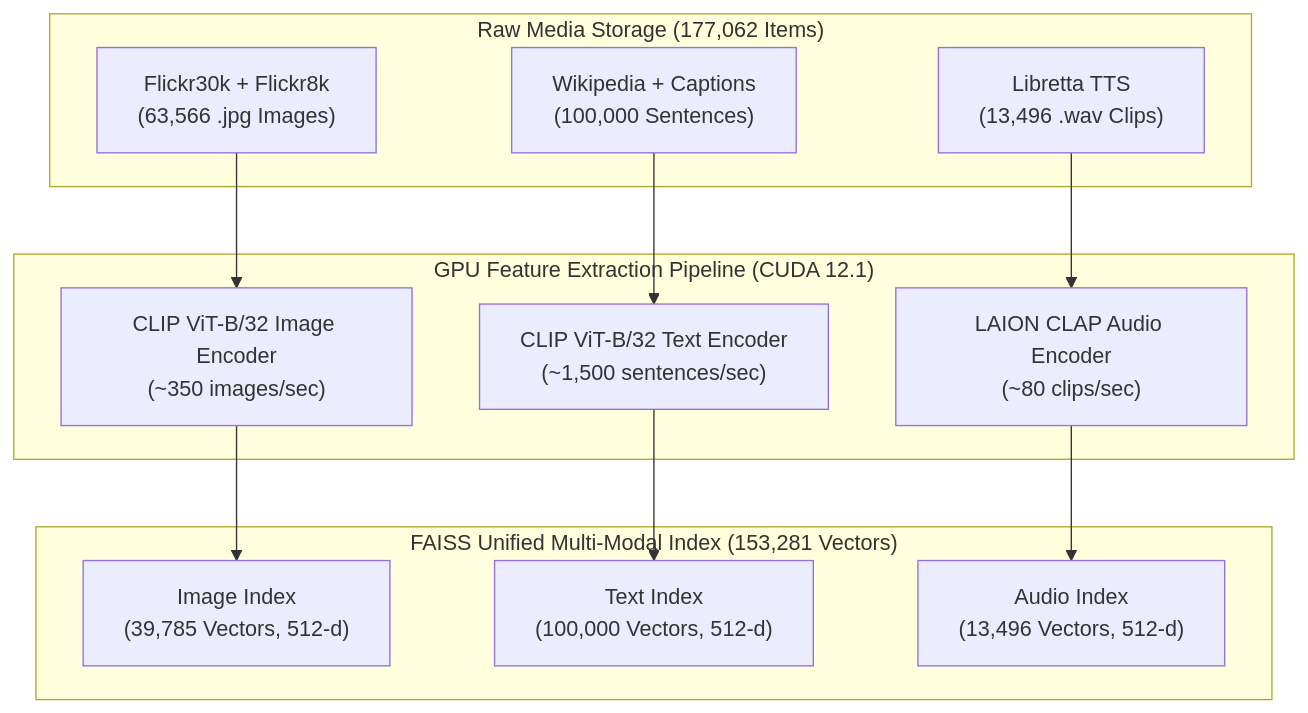
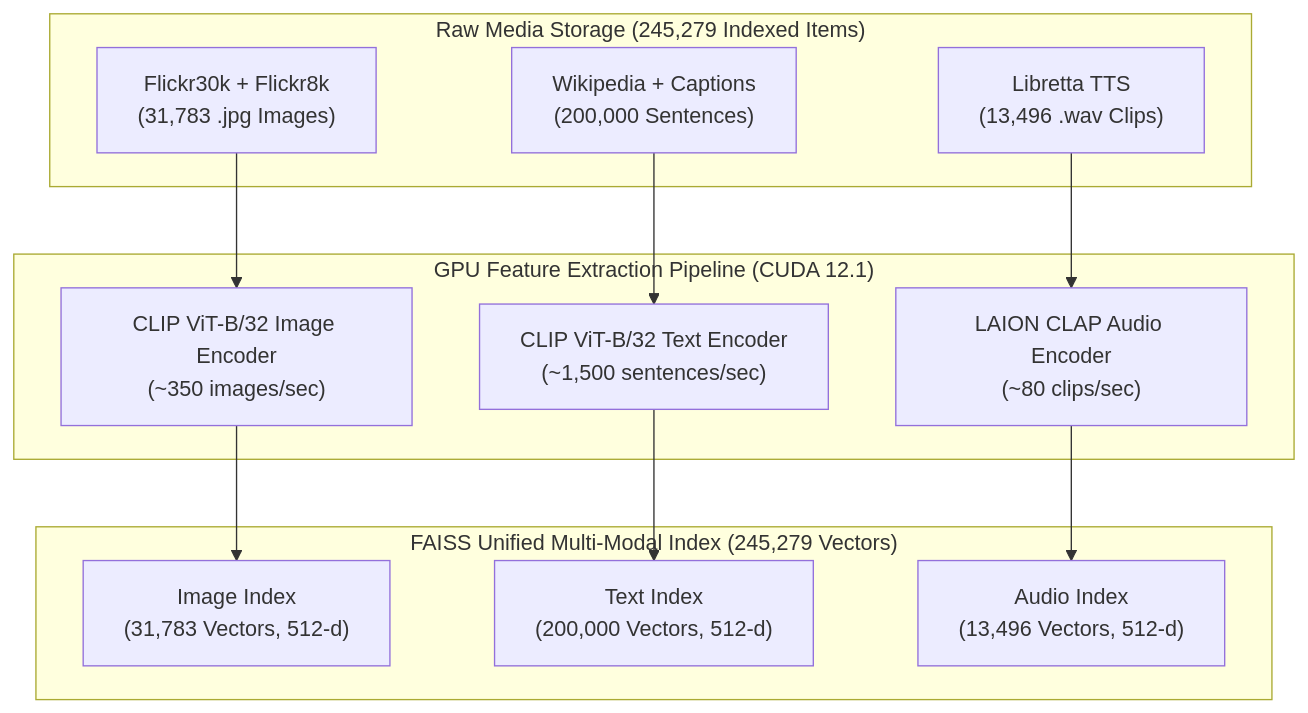
Before and after one commit to jeevan4476/DCASS: the first of 2 diagrams in docs/guides/RESEARCH_PROGRESS_REPORT.md, drawn with Mermaid. The commit also changed other lines of this file and 271 other files, not shown here.

````diff
--- a/docs/guides/RESEARCH_PROGRESS_REPORT.md
+++ b/docs/guides/RESEARCH_PROGRESS_REPORT.md
@@ -29,24 +29,24 @@
 ```mermaid
 flowchart TD
-    subgraph Raw_Corpora["Raw Media Storage (177,062 Items)"]
-        IMG["Flickr30k + Flickr8k\n(63,566 .jpg Images)"]
-        TXT["Wikipedia + Captions\n(100,000 Sentences)"]
+    subgraph Raw_Corpora["Raw Media Storage (245,279 Indexed Items)"]
+        IMG["Flickr30k + Flickr8k\n(31,783 .jpg Images)"]
+        TXT["Wikipedia + Captions\n(200,000 Sentences)"]
         AUD["Libretta TTS\n(13,496 .wav Clips)"]
     end
 
     subgraph GPU_Extractors["GPU Feature Extraction Pipeline (CUDA 12.1)"]
         CLIP_IMG["CLIP ViT-B/32 Image Encoder\n(~350 images/sec)"]
         CLIP_TXT["CLIP ViT-B/32 Text Encoder\n(~1,500 sentences/sec)"]
         CLAP_AUD["LAION CLAP Audio Encoder\n(~80 clips/sec)"]
     end
 
-    subgraph Vector_DB["FAISS Unified Multi-Modal Index (153,281 Vectors)"]
-        IDX_IMG["Image Index\n(39,785 Vectors, 512-d)"]
-        IDX_TXT["Text Index\n(100,000 Vectors, 512-d)"]
+    subgraph Vector_DB["FAISS Unified Multi-Modal Index (245,279 Vectors)"]
+        IDX_IMG["Image Index\n(31,783 Vectors, 512-d)"]
+        IDX_TXT["Text Index\n(200,000 Vectors, 512-d)"]
         IDX_AUD["Audio Index\n(13,496 Vectors, 512-d)"]
     end
 
     IMG --> CLIP_IMG --> IDX_IMG
     TXT --> CLIP_TXT --> IDX_TXT
     AUD --> CLAP_AUD --> IDX_AUD
 ```
````
